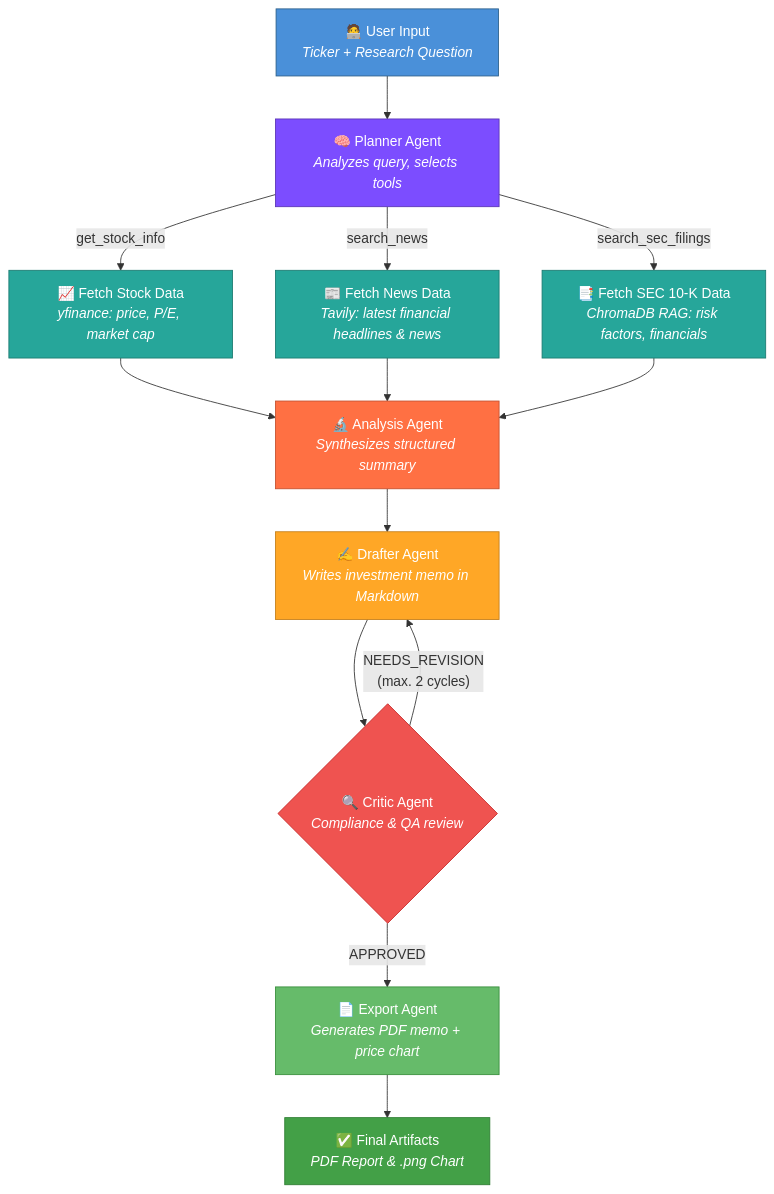
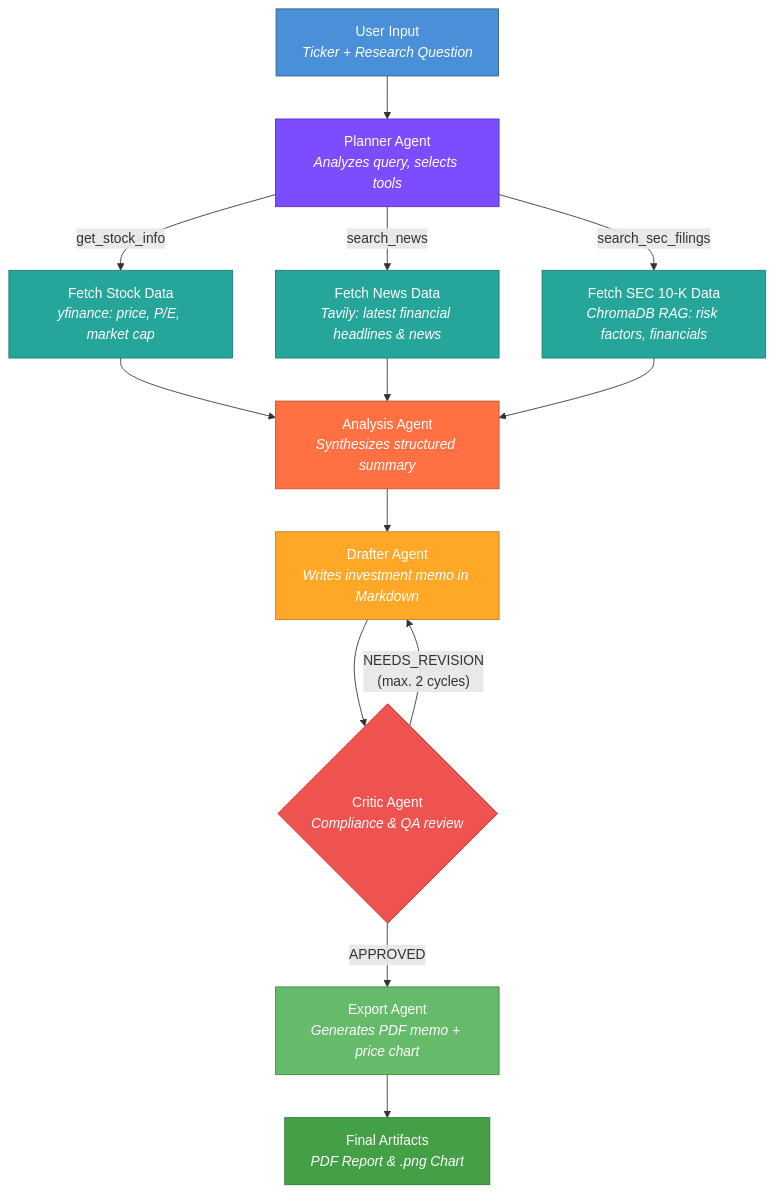
Before and after one commit to bogdan-feier/agentic-equity-research: the diagram in README.md, drawn with Mermaid. The commit also changed other lines of this file, not shown here.

````diff
--- a/README.md
+++ b/README.md
@@ -46,37 +46,37 @@
 ```mermaid
 flowchart TD
-    A["🧑‍💻 User Input<br/><i>Ticker + Research Question</i>"]
-    B["🧠 Planner Agent<br/><i>Analyzes query, selects tools</i>"]
-    C["📈 Fetch Stock Data<br/><i>yfinance: price, P/E, market cap</i>"]
-    D["📰 Fetch News Data<br/><i>Tavily: latest financial headlines & news</i>"]
-    E["📑 Fetch SEC 10-K Data<br/><i>ChromaDB RAG: risk factors, financials</i>"]
-    F["🔬 Analysis Agent<br/><i>Synthesizes structured summary</i>"]
-    G["✍️ Drafter Agent<br/><i>Writes investment memo in Markdown</i>"]
-    H{"🔍 Critic Agent<br/><i>Compliance & QA review</i>"}
-    I["📄 Export Agent<br/><i>Generates PDF memo + price chart</i>"]
-    J["✅ Final Artifacts<br/><i>PDF Report & .png Chart</i>"]
+    A["User Input<br/><i>Ticker + Research Question</i>"]
+    B["Planner Agent<br/><i>Analyzes query, selects tools</i>"]
+    C["Fetch Stock Data<br/><i>yfinance: price, P/E, market cap</i>"]
+    D["Fetch News Data<br/><i>Tavily: latest financial headlines & news</i>"]
+    E["Fetch SEC 10-K Data<br/><i>ChromaDB RAG: risk factors, financials</i>"]
+    F["Analysis Agent<br/><i>Synthesizes structured summary</i>"]
+    G["Drafter Agent<br/><i>Writes investment memo in Markdown</i>"]
+    H{"Critic Agent<br/><i>Compliance & QA review</i>"}
+    I["Export Agent<br/><i>Generates PDF memo + price chart</i>"]
+    J["Final Artifacts<br/><i>PDF Report & .png Chart</i>"]
 
     A --> B
     B -->|"get_stock_info"| C
     B -->|"search_news"| D
     B -->|"search_sec_filings"| E
     C --> F
     D --> F
     E --> F
     F --> G
     G --> H
     H -->|"APPROVED"| I
     H -->|"NEEDS_REVISION<br/>(max. 2 cycles)"| G
     I --> J
 
     style A fill:#4A90D9,stroke:#2C5F8A,color:#fff
     style B fill:#7C4DFF,stroke:#5A35B5,color:#fff
     style C fill:#26A69A,stroke:#1B7A70,color:#fff
     style D fill:#26A69A,stroke:#1B7A70,color:#fff
     style E fill:#26A69A,stroke:#1B7A70,color:#fff
     style F fill:#FF7043,stroke:#C4502E,color:#fff
     style G fill:#FFA726,stroke:#C47F1A,color:#fff
     style H fill:#EF5350,stroke:#C62828,color:#fff
     style I fill:#66BB6A,stroke:#388E3C,color:#fff
     style J fill:#43A047,stroke:#2E7D32,color:#fff
 ```
````
